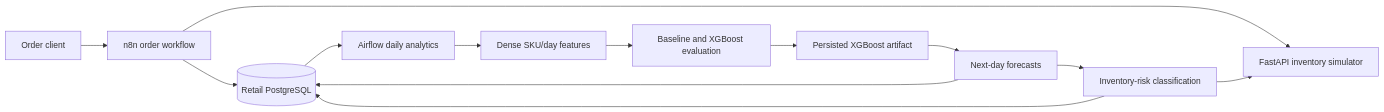
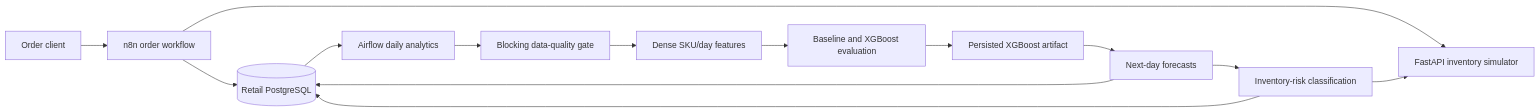
Before and after one commit to roger-git-427/retail_ops_automation: the diagram in README.md, drawn with Mermaid. The commit also changed other lines of this file and 14 other files, not shown here.

````diff
--- a/README.md
+++ b/README.md
@@ -7,15 +9,16 @@
 ```mermaid
 flowchart LR
     C[Order client] --> N[n8n order workflow]
     N --> I[FastAPI inventory simulator]
     N --> P[(Retail PostgreSQL)]
     P --> A[Airflow daily analytics]
-    A --> F[Dense SKU/day features]
+    A --> Q[Blocking data-quality gate]
+    Q --> F[Dense SKU/day features]
     F --> M[Baseline and XGBoost evaluation]
     M --> X[Persisted XGBoost artifact]
     X --> D[Next-day forecasts]
     D --> R[Inventory-risk classification]
     R --> I
     D --> P
     R --> P
 ```
````
